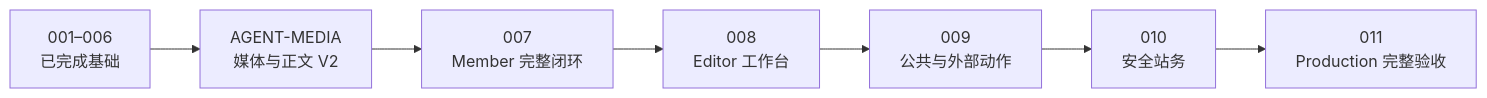
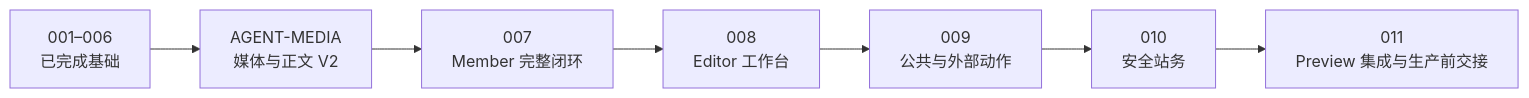
One commit to lonelyreader/chinaknowledge changed the diagram in docs/roadmap/agent-workspace-program.md. Above: the diagram before and after it, drawn with Mermaid. The commit also changed other lines of this file and 8 other files, not shown here.

````diff
--- a/docs/roadmap/agent-workspace-program.md
+++ b/docs/roadmap/agent-workspace-program.md
@@ -73,9 +73,9 @@
 ```mermaid
 flowchart LR
     B["001–006<br/>已完成基础"] --> M["AGENT-MEDIA<br/>媒体与正文 V2"]
     M --> C["007<br/>Member 完整闭环"]
     C --> E1["008<br/>Editor 工作台"]
     E1 --> E2["009<br/>公共与外部动作"]
     E2 --> A["010<br/>安全站务"]
-    A --> R["011<br/>Production 完整验收"]
+    A --> R["011<br/>Preview 集成与生产前交接"]
 ```
````
